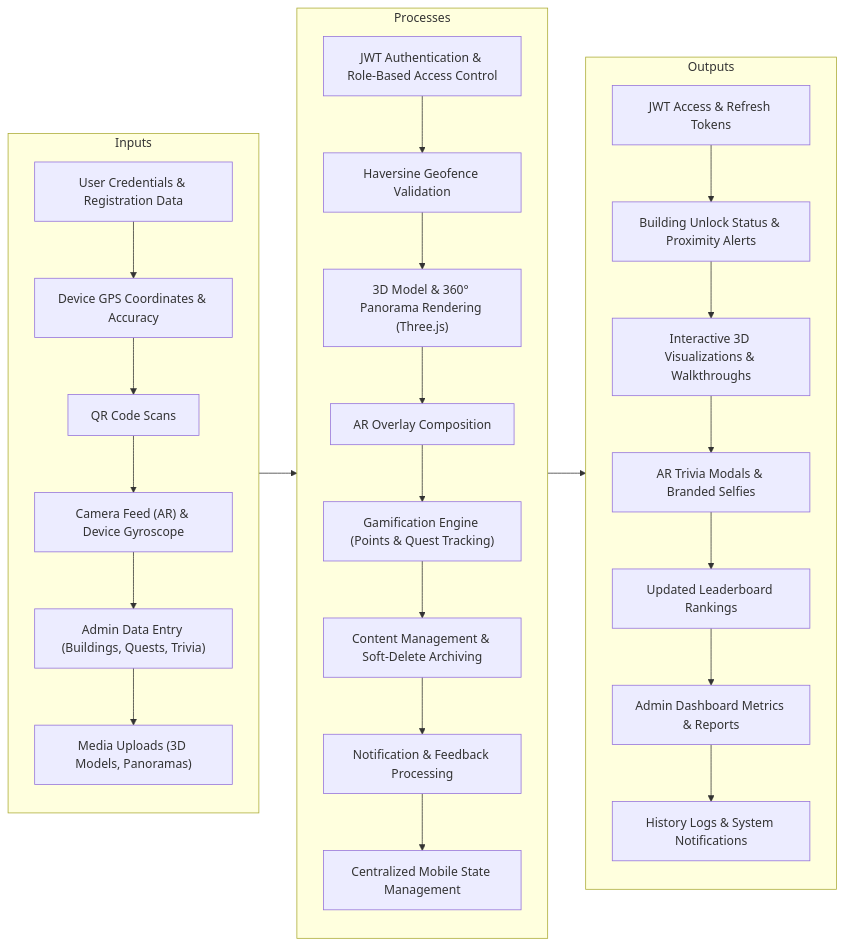
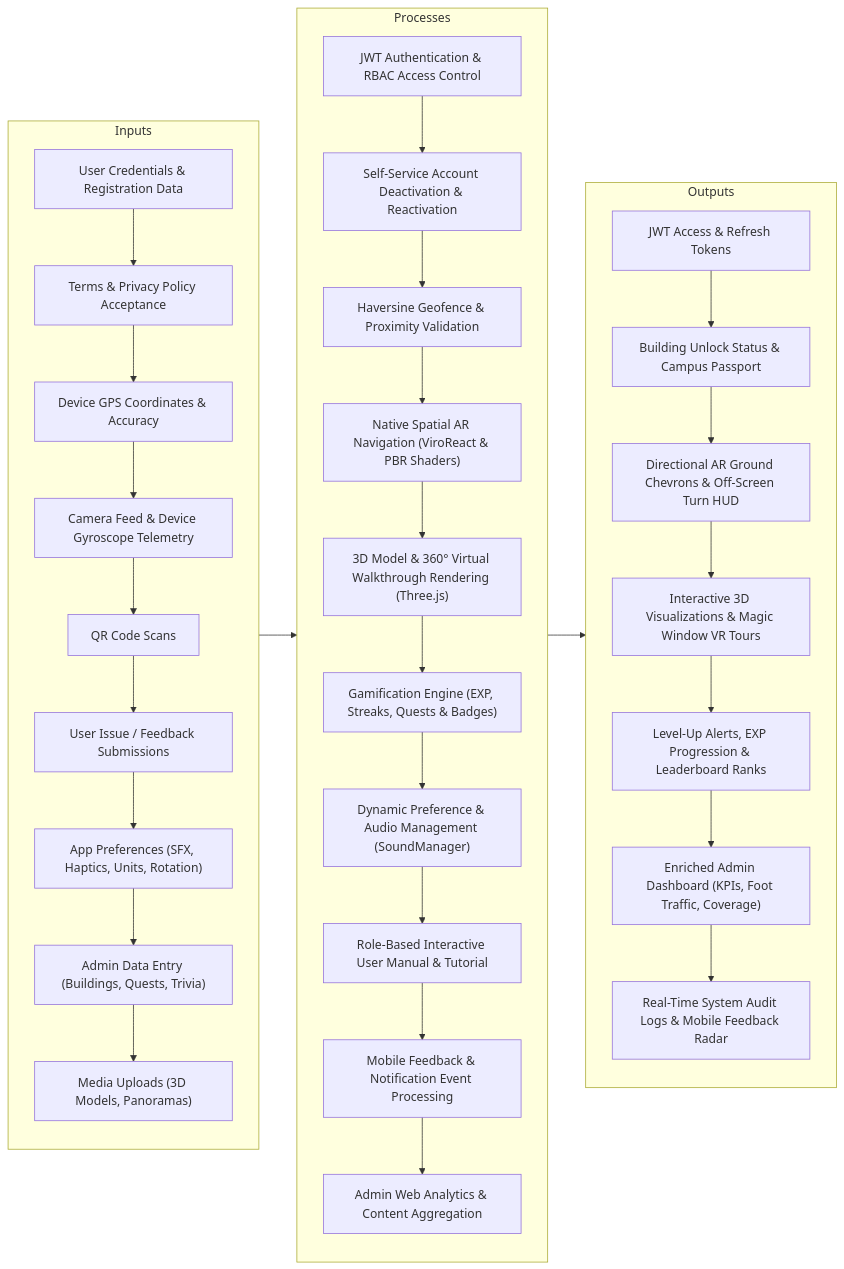
The diagram in conceptual-framework.md (Cipher-Syntax/ARQuest), drawn with Mermaid before and after one commit. The commit also changed other lines of this file and 10 other files, not shown here.

Commit message:
feat(web): redesign Admin Dashboard with real-time KPIs, foot traffic charts, and content coverage; synchronize all 9 system architecture docs

````diff
--- a/conceptual-framework.md
+++ b/conceptual-framework.md
@@ -9,38 +9,43 @@
 ```mermaid
 flowchart LR
     subgraph INPUT ["Inputs"]
         I1["User Credentials & Registration Data"]
-        I2["Device GPS Coordinates & Accuracy"]
-        I3["QR Code Scans"]
-        I4["Camera Feed (AR) & Device Gyroscope"]
-        I5["Admin Data Entry (Buildings, Quests, Trivia)"]
-        I6["Media Uploads (3D Models, Panoramas)"]
-        I1 --> I2 --> I3 --> I4 --> I5 --> I6
+        I2["Terms & Privacy Policy Acceptance"]
+        I3["Device GPS Coordinates & Accuracy"]
+        I4["Camera Feed & Device Gyroscope Telemetry"]
+        I5["QR Code Scans"]
+        I6["User Issue / Feedback Submissions"]
+        I7["App Preferences (SFX, Haptics, Units, Rotation)"]
+        I8["Admin Data Entry (Buildings, Quests, Trivia)"]
+        I9["Media Uploads (3D Models, Panoramas)"]
+        I1 --> I2 --> I3 --> I4 --> I5 --> I6 --> I7 --> I8 --> I9
     end
 
     subgraph PROCESS ["Processes"]
-        P1["JWT Authentication & Role-Based Access Control"]
-        P2["Haversine Geofence Validation"]
-        P3["3D Model & 360° Panorama Rendering (Three.js)"]
-        P4["AR Overlay Composition"]
-        P5["Gamification Engine (Points & Quest Tracking)"]
-        P6["Content Management & Soft-Delete Archiving"]
-        P7["Notification & Feedback Processing"]
-        P8["Centralized Mobile State Management"]
-        P1 --> P2 --> P3 --> P4 --> P5 --> P6 --> P7 --> P8
+        P1["JWT Authentication & RBAC Access Control"]
+        P2["Self-Service Account Deactivation & Reactivation"]
+        P3["Haversine Geofence & Proximity Validation"]
+        P4["Native Spatial AR Navigation (ViroReact & PBR Shaders)"]
+        P5["3D Model & 360° Virtual Walkthrough Rendering (Three.js)"]
+        P6["Gamification Engine (EXP, Streaks, Quests & Badges)"]
+        P7["Dynamic Preference & Audio Management (SoundManager)"]
+        P8["Role-Based Interactive User Manual & Tutorial"]
+        P9["Mobile Feedback & Notification Event Processing"]
+        P10["Admin Web Analytics & Content Aggregation"]
+        P1 --> P2 --> P3 --> P4 --> P5 --> P6 --> P7 --> P8 --> P9 --> P10
     end
 
     subgraph OUTPUT ["Outputs"]
         O1["JWT Access & Refresh Tokens"]
-        O2["Building Unlock Status & Proximity Alerts"]
-        O3["Interactive 3D Visualizations & Walkthroughs"]
-        O4["AR Trivia Modals & Branded Selfies"]
-        O5["Updated Leaderboard Rankings"]
-        O6["Admin Dashboard Metrics & Reports"]
-        O7["History Logs & System Notifications"]
+        O2["Building Unlock Status & Campus Passport"]
+        O3["Directional AR Ground Chevrons & Off-Screen Turn HUD"]
+        O4["Interactive 3D Visualizations & Magic Window VR Tours"]
+        O5["Level-Up Alerts, EXP Progression & Leaderboard Ranks"]
+        O6["Enriched Admin Dashboard (KPIs, Foot Traffic, Coverage)"]
+        O7["Real-Time System Audit Logs & Mobile Feedback Radar"]
         O1 --> O2 --> O3 --> O4 --> O5 --> O6 --> O7
     end
 
     INPUT --> PROCESS
     PROCESS --> OUTPUT
 ```
````
